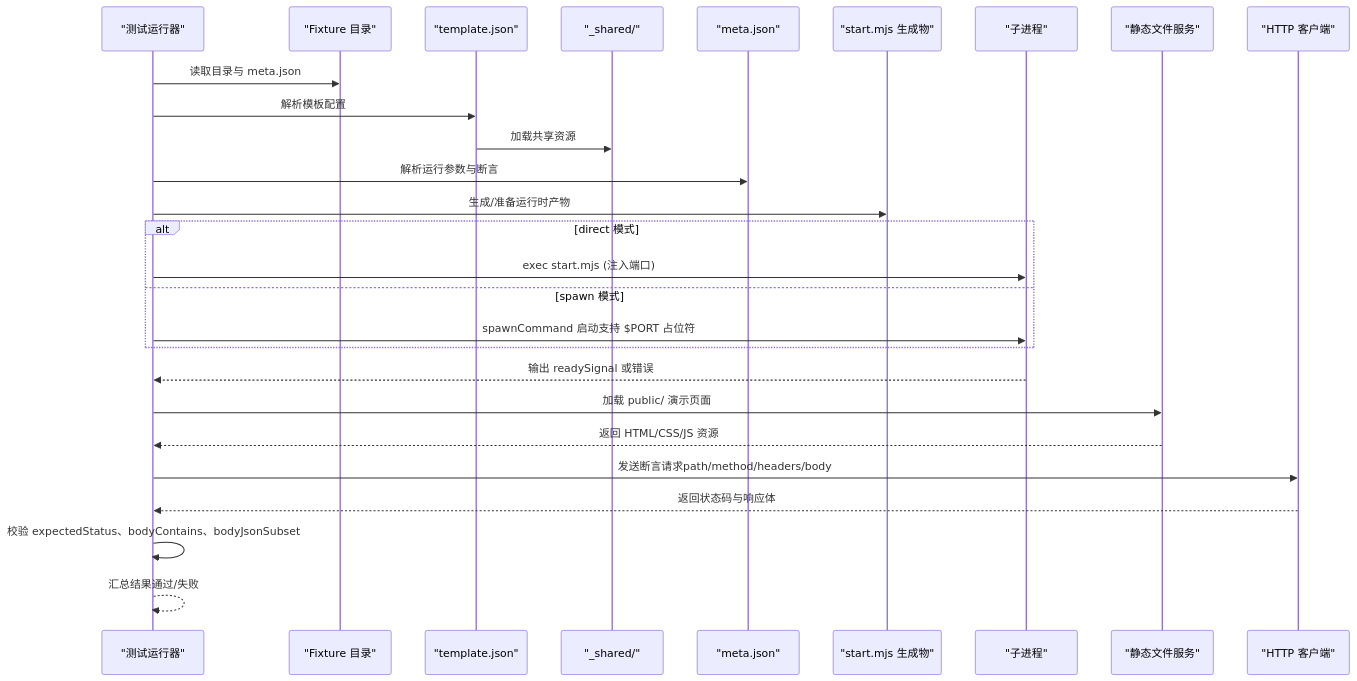
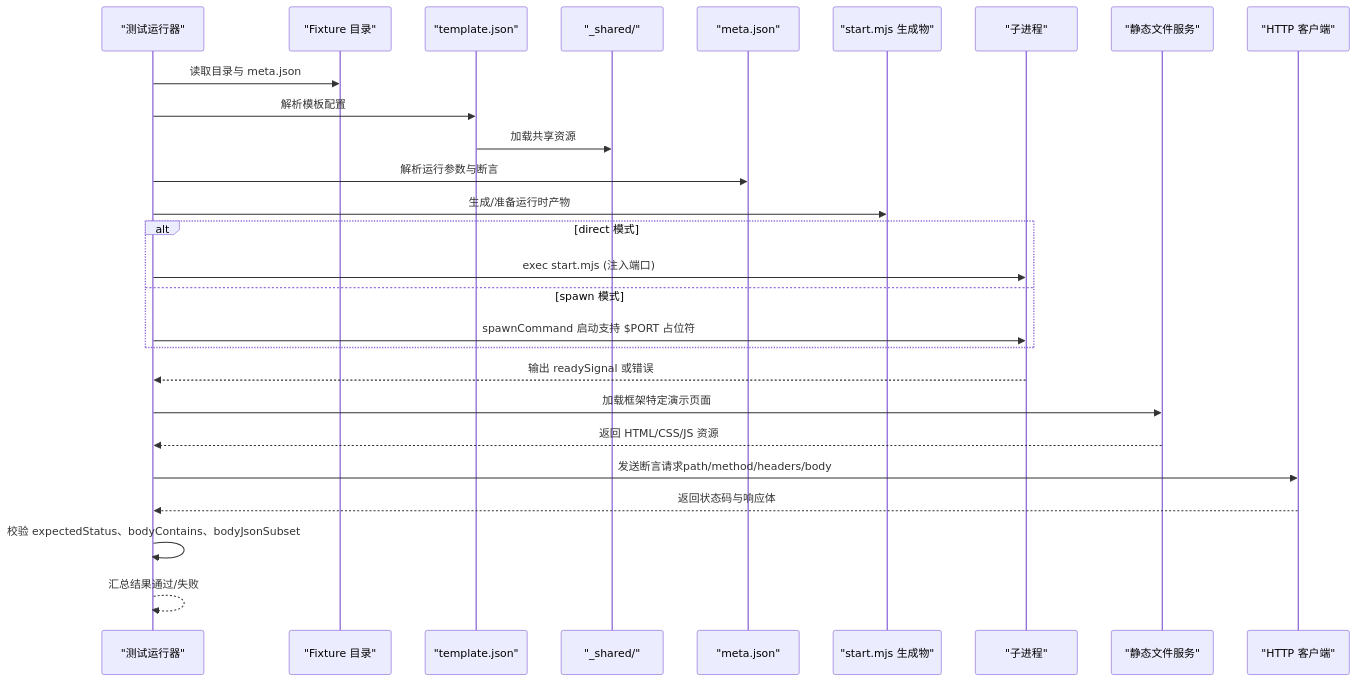
The second of 6 diagrams in .qoder/repowiki/zh/content/后端框架测试/后端框架测试套件.md (esa-sp/test-for-aone-ci), drawn with Mermaid before and after one commit. The commit also changed other lines of this file and 39 other files, not shown here.

````diff
--- a/.qoder/repowiki/zh/content/后端框架测试/后端框架测试套件.md
+++ b/.qoder/repowiki/zh/content/后端框架测试/后端框架测试套件.md
@@ -208,29 +192,29 @@
 ```mermaid
 sequenceDiagram
 participant Runner as "测试运行器"
 participant Fixture as "Fixture 目录"
 participant Template as "template.json"
 participant Shared as "_shared/"
 participant Meta as "meta.json"
 participant Runtime as "start.mjs 生成物"
 participant Proc as "子进程"
 participant Static as "静态文件服务"
 participant HTTP as "HTTP 客户端"
 Runner->>Fixture : 读取目录与 meta.json
 Runner->>Template : 解析模板配置
 Template->>Shared : 加载共享资源
 Runner->>Meta : 解析运行参数与断言
 Runner->>Runtime : 生成/准备运行时产物
 alt direct 模式
 Runner->>Proc : exec start.mjs (注入端口)
 else spawn 模式
 Runner->>Proc : spawnCommand 启动支持 $PORT 占位符
 end
 Proc-->>Runner : 输出 readySignal 或错误
-Runner->>Static : 加载 public/ 演示页面
+Runner->>Static : 加载框架特定演示页面
 Static-->>Runner : 返回 HTML/CSS/JS 资源
 Runner->>HTTP : 发送断言请求path/method/headers/body
 HTTP-->>Runner : 返回状态码与响应体
 Runner->>Runner : 校验 expectedStatus、bodyContains、bodyJsonSubset
 Runner-->>Runner : 汇总结果通过/失败
 ```
````
